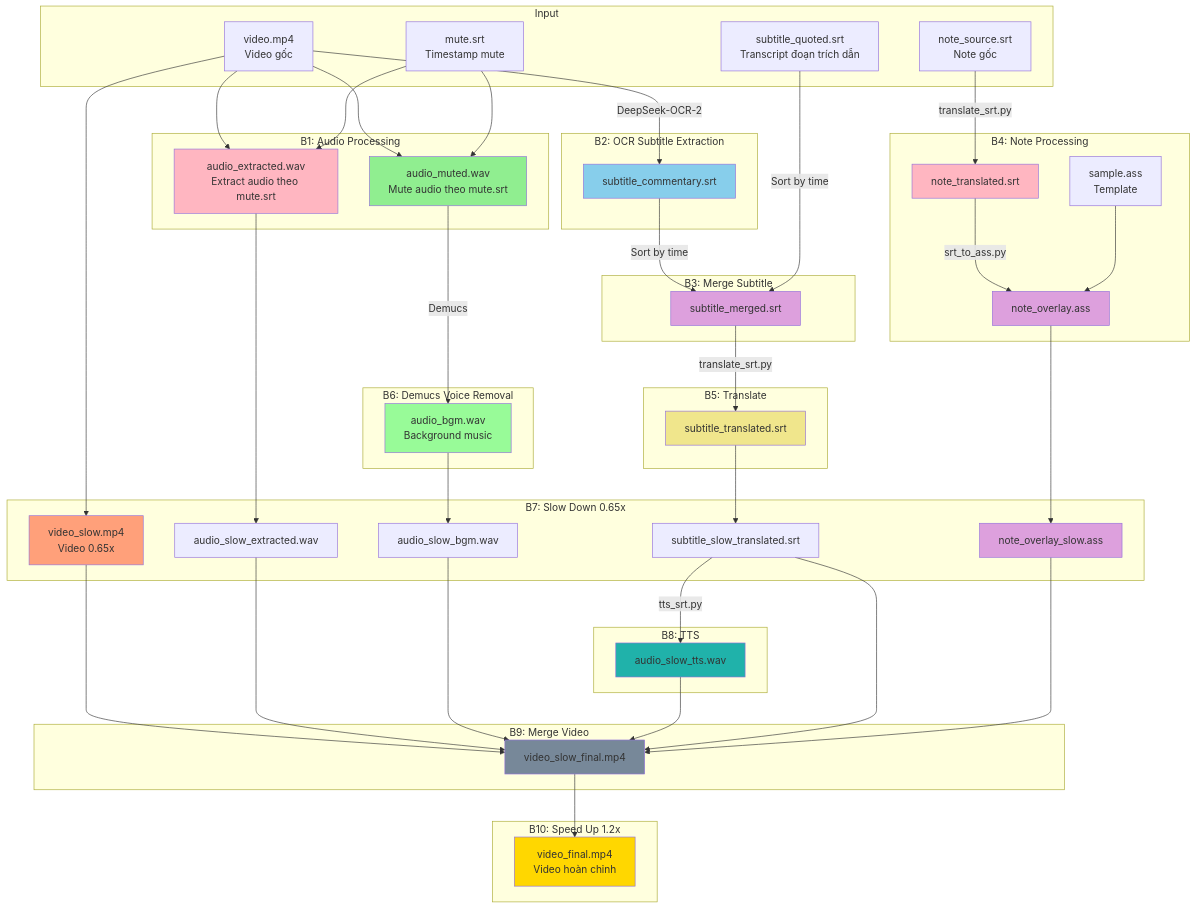
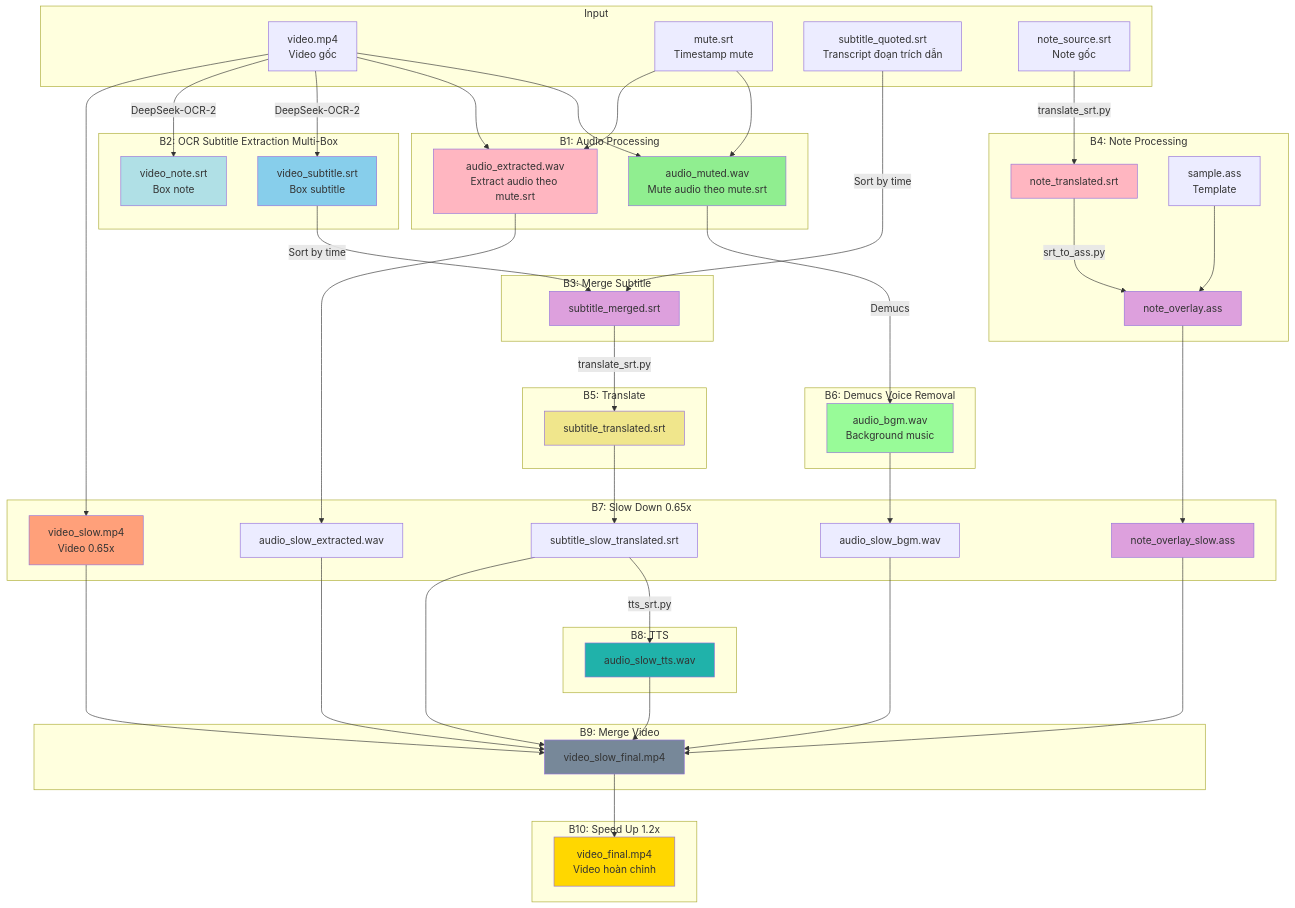
One commit to ThanhVoKim/CharenjiZukan changed the second of 3 diagrams in docs/workflow.md. Above: the diagram before and after it, drawn with Mermaid. The commit also changed other lines of this file and 9 other files, not shown here.

````diff
--- a/docs/workflow.md
+++ b/docs/workflow.md
@@ -50,78 +51,80 @@
 ```mermaid
 flowchart TB
     subgraph Input
         V[video.mp4<br>Video gốc]
         MS[mute.srt<br>Timestamp mute]
         SQ[subtitle_quoted.srt<br>Transcript đoạn trích dẫn]
         NS[note_source.srt<br>Note gốc]
     end
 
     subgraph "B1: Audio Processing"
         V --> AM[audio_muted.wav<br>Mute audio theo mute.srt]
         V --> AE[audio_extracted.wav<br>Extract audio theo mute.srt]
         MS --> AM
         MS --> AE
     end
 
-    subgraph "B2: OCR Subtitle Extraction"
-        V --> |DeepSeek-OCR-2| SC[subtitle_commentary.srt]
+    subgraph "B2: OCR Subtitle Extraction Multi-Box"
+        V --> |DeepSeek-OCR-2| SC[video_subtitle.srt<br>Box subtitle]
+        V --> |DeepSeek-OCR-2| SN[video_note.srt<br>Box note]
     end
 
     subgraph "B3: Merge Subtitle"
         SC --> |Sort by time| SMT[subtitle_merged.srt]
         SQ --> |Sort by time| SMT
     end
 
     subgraph "B4: Note Processing"
         NS --> |translate_srt.py| NT[note_translated.srt]
         NT --> |srt_to_ass.py| NO[note_overlay.ass]
         TMP[sample.ass<br>Template] --> NO
     end
 
     subgraph "B5: Translate"
         SMT --> |translate_srt.py| ST[subtitle_translated.srt]
     end
 
     subgraph "B6: Demucs Voice Removal"
         AM --> |Demucs| AB[audio_bgm.wav<br>Background music]
     end
 
     subgraph "B7: Slow Down 0.65x"
         V --> VS[video_slow.mp4<br>Video 0.65x]
         AE --> AES[audio_slow_extracted.wav]
         AB --> ABS[audio_slow_bgm.wav]
         ST --> STS[subtitle_slow_translated.srt]
         NO --> NOS[note_overlay_slow.ass]
     end
 
     subgraph "B8: TTS"
         STS --> |tts_srt.py| AT[audio_slow_tts.wav]
     end
 
     subgraph "B9: Merge Video"
         VS --> VSF[video_slow_final.mp4]
         AES --> VSF
         ABS --> VSF
         AT --> VSF
         STS --> VSF
         NOS --> VSF
     end
 
     subgraph "B10: Speed Up 1.2x"
         VSF --> VF[video_final.mp4<br>Video hoàn chỉnh]
     end
 
     style AM fill:#90EE90
     style AE fill:#FFB6C1
     style SC fill:#87CEEB
+    style SN fill:#B0E0E6
     style SMT fill:#DDA0DD
     style NT fill:#FFB6C1
     style NO fill:#DDA0DD
     style ST fill:#F0E68C
     style AB fill:#98FB98
     style VS fill:#FFA07A
     style NOS fill:#DDA0DD
     style AT fill:#20B2AA
     style VSF fill:#778899
     style VF fill:#FFD700
 ```
````
